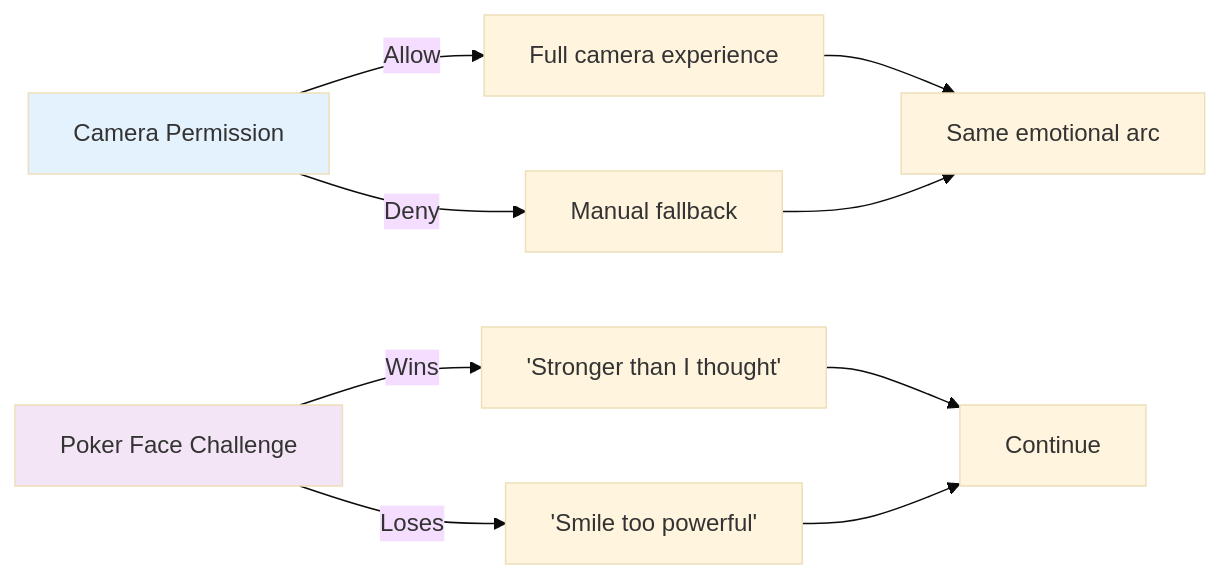
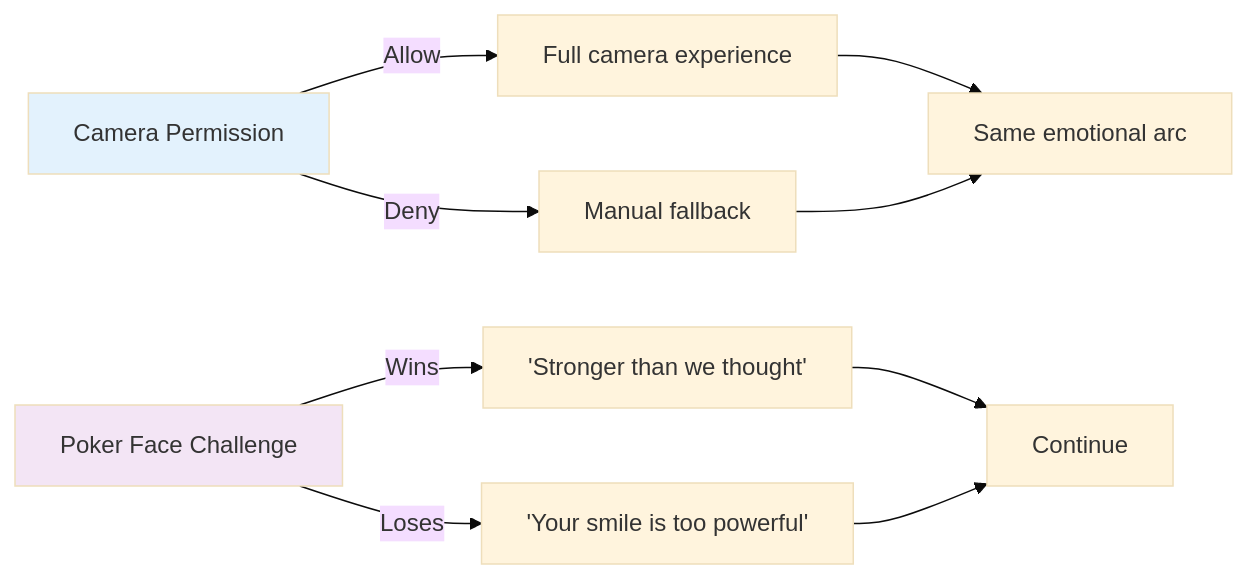
The third of 3 diagrams in .agents/USER_JOURNEY.md (donkhoanguyen/vlntn_2026), drawn with Mermaid (base theme) before and after one commit. The commit also changed other lines of this file and 14 other files, not shown here.

````diff
--- a/.agents/USER_JOURNEY.md
+++ b/.agents/USER_JOURNEY.md
@@ -80,15 +92,15 @@
 ```mermaid
 flowchart LR
     A[Camera Permission] -->|Allow| B[Full camera experience]
     A -->|Deny| C[Manual fallback]
     B --> D[Same emotional arc]
     C --> D
     
-    E[Poker Face Challenge] -->|Wins| F['Stronger than I thought']
-    E -->|Loses| G['Smile too powerful']
+    E[Poker Face Challenge] -->|Wins| F['Stronger than we thought']
+    E -->|Loses| G['Your smile is too powerful']
     F --> H[Continue]
     G --> H
     
     style A fill:#e3f2fd
     style E fill:#f3e5f5
 ```
````
